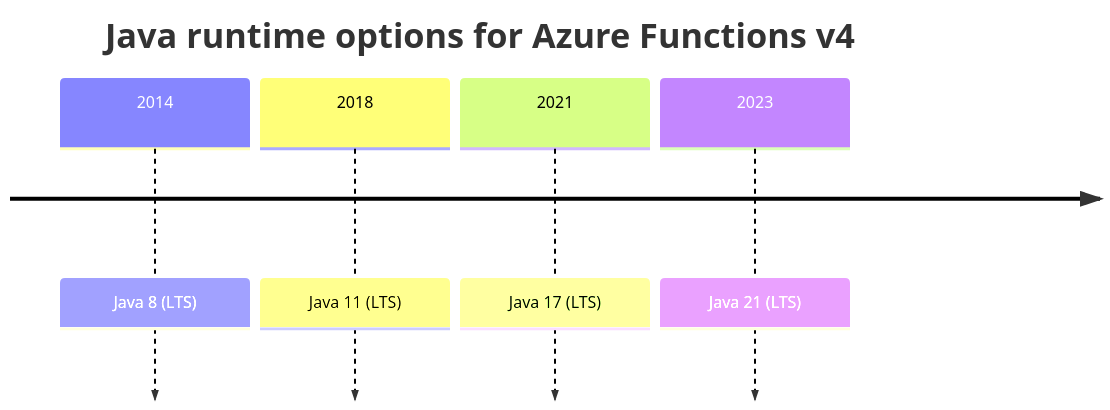
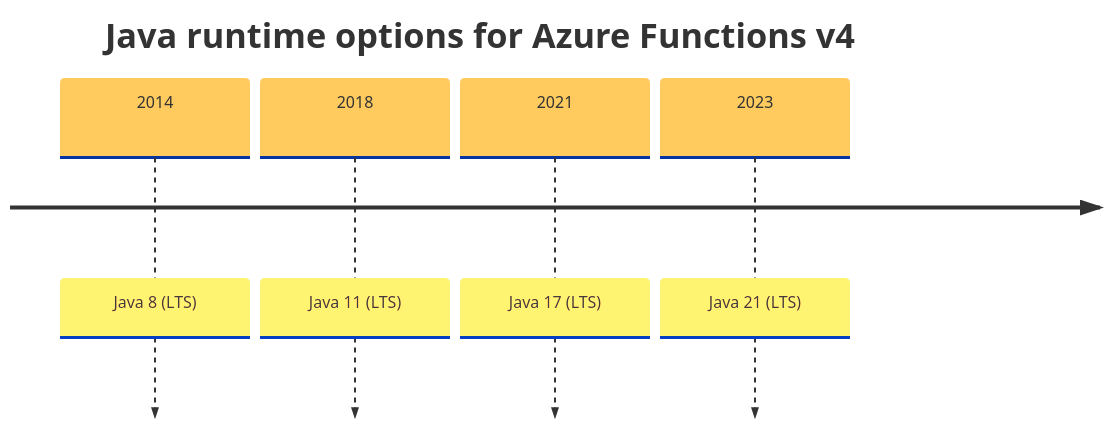
Before and after one commit to yeongseon/azure-functions-practical-guide: the first of 2 diagrams in docs/language-guides/java/java-runtime.md, drawn with Mermaid. The commit also changed 1 other file, not shown here.

Commit message:
docs(diagrams): improve Java timeline inline legibility
Apply the measured diagram-local timeline recipe without changing labels or
accessibility metadata. Refresh owned inventory records and retain in-progress
status for the narrow font margin and slate zoom-overlay dependency.

Refs #232

````diff
--- a/docs/language-guides/java/java-runtime.md
+++ b/docs/language-guides/java/java-runtime.md
@@ -32,10 +32,11 @@
 ```mermaid
+%%{init: {"timeline":{"padding":8,"disableMulticolor":true},"theme":"base","fontSize":32,"themeVariables":{"fontSize":"16px"},"themeCSS":".timeline-node text{font-size:32px;fill:#14202e;} .timeline-node .node-bkg{fill:#e2e8f0;} .eventWrapper{filter:none;} text:not([dy]){font-size:32px;text-anchor:middle;fill:var(--md-default-fg-color);} .lineWrapper line{stroke:var(--md-default-fg-color);}"}}%%
 timeline
     accTitle: Four Java LTS generations used by Azure Functions
     accDescr: The timeline pairs 2014 with Java 8 LTS, 2018 with Java 11 LTS, 2021 with Java 17 LTS, and 2023 with Java 21 LTS. It depicts four Java generations, not a complete current support list or the dates Azure Functions adopted them.
     title Java runtime options for Azure Functions v4
     2014 : Java 8 (LTS)
     2018 : Java 11 (LTS)
     2021 : Java 17 (LTS)
     2023 : Java 21 (LTS)
 ```
````
